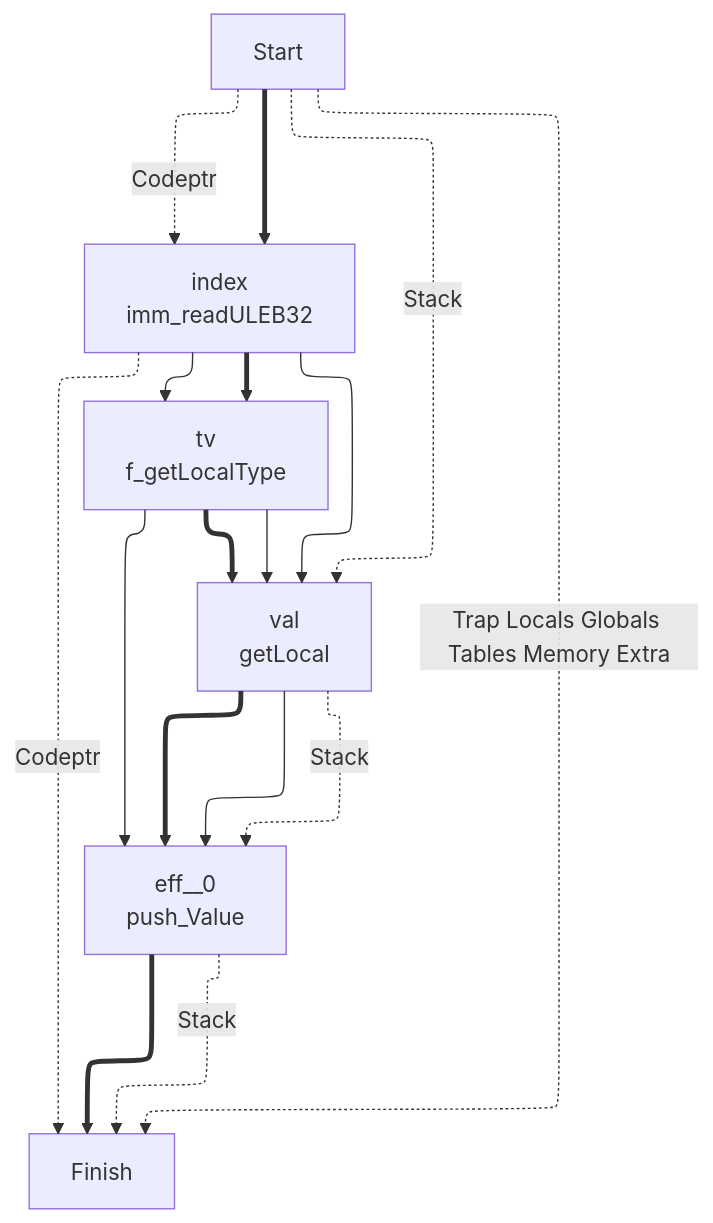
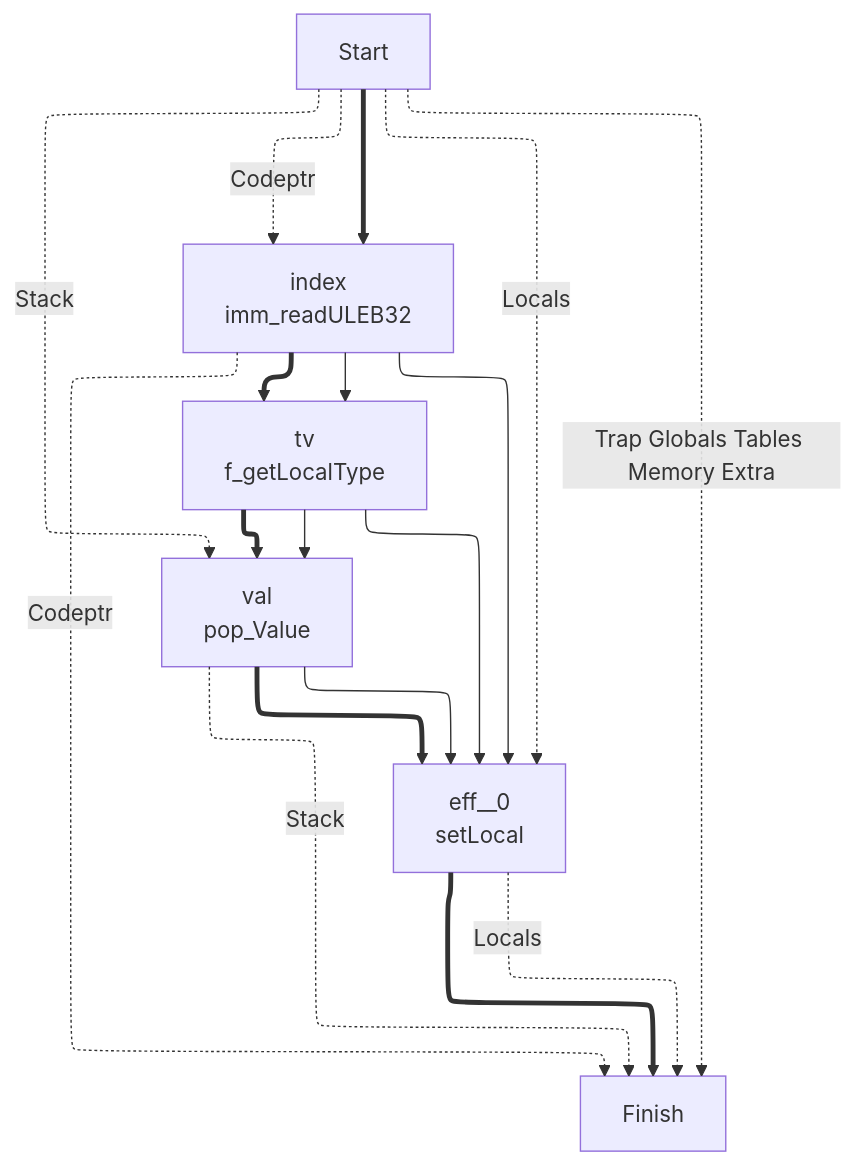
One commit to mkhan45/virgil_cbd changed the diagram in generated/graphs.md. Above: the diagram before and after it, drawn with Mermaid. The commit also changed other lines of this file and 4 other files, not shown here.

````diff
--- a/generated/graphs.md
+++ b/generated/graphs.md
@@ -2,45 +2,46 @@
 ```mermaid
 ---
 config:
   layout: elk
 ---
 graph TD
 	1["
 	Finish
 	"]
 	3 -. Codeptr .-> 1
-	11 -. Stack .-> 1
-	0 -. Trap Locals Globals Tables Memory Extra .-> 1
+	7 -. Stack .-> 1
+	0 -. Trap Globals Tables Memory Extra .-> 1
+	11 -. Locals .-> 1
+	11["
+	eff__0
+	setLocal
+	"]
+	5 --> 11
+	3 --> 11
+	7 --> 11
+	0 -. Locals .-> 11
+	11 ==> 1
 	0["
 	Start
 	"]
 	0 ==> 3
-	11["
-	eff__0
-	push_Value
+	7["
+	val
+	pop_Value
 	"]
-	5 --> 11
-	8 --> 11
-	8 -. Stack .-> 11
-	11 ==> 1
-	8["
-	val
-	getLocal
+	5 --> 7
+	0 -. Stack .-> 7
+	7 ==> 11
+	5["
+	tv
+	f_getLocalType
 	"]
-	5 --> 8
-	3 --> 8
-	0 -. Stack .-> 8
-	8 ==> 11
+	3 --> 5
+	5 ==> 7
 	3["
 	index
 	imm_readULEB32
 	"]
 	0 -. Codeptr .-> 3
 	3 ==> 5
-	5["
-	tv
-	f_getLocalType
-	"]
-	3 --> 5
-	5 ==> 8
 ```
````
